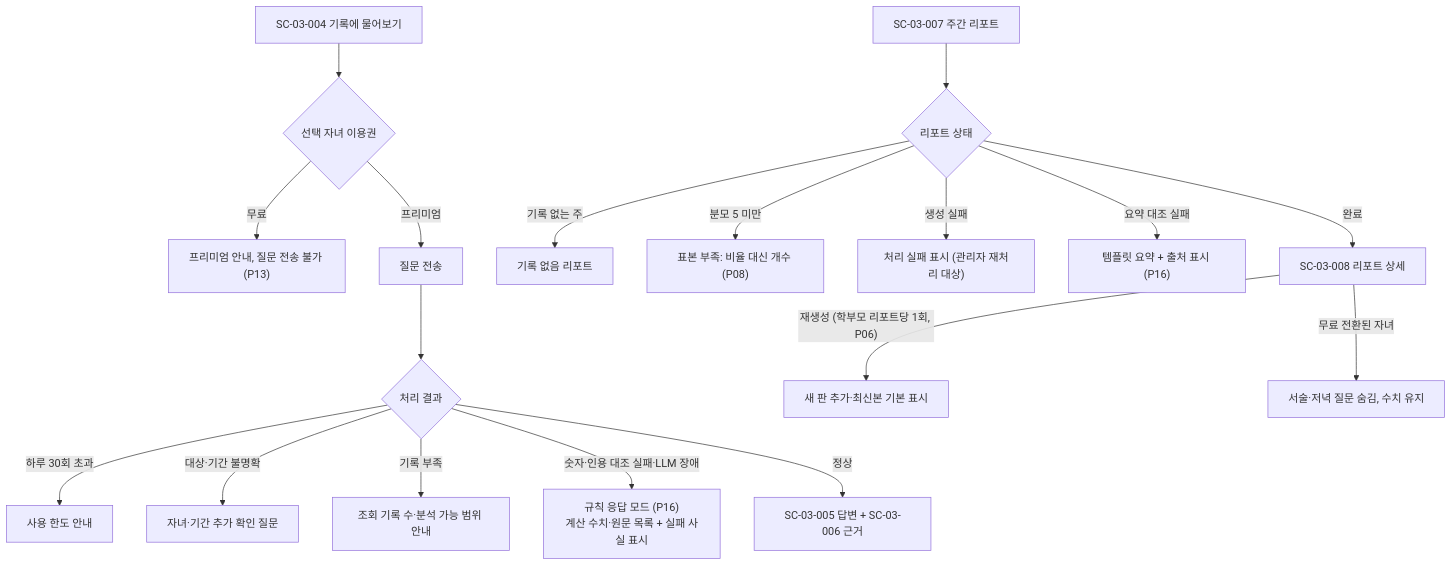
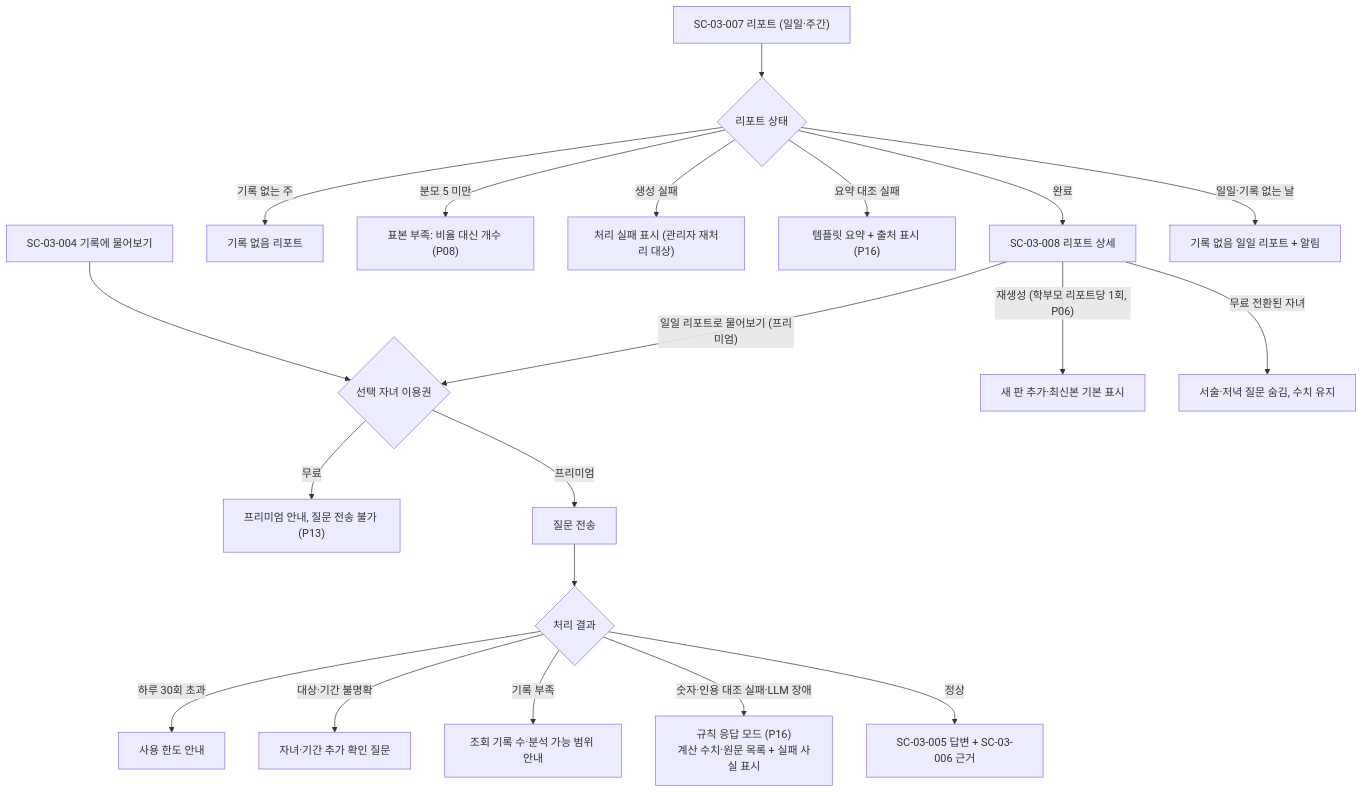
The eighth of 12 diagrams in docs/design/user-flow.md (SKNETWORKS-FAMILY-AICAMP/SKN34-FINAL-3TEAM), drawn with Mermaid before and after one commit. The commit also changed other lines of this file and 20 other files, not shown here.

````diff
--- a/docs/design/user-flow.md
+++ b/docs/design/user-flow.md
@@ -261,21 +283,23 @@
 ```mermaid
 flowchart TD
   AN["SC-03-004 기록에 물어보기"] --> C{"선택 자녀 이용권"}
   C -->|"무료"| N1["프리미엄 안내, 질문 전송 불가 (P13)"]
   C -->|"프리미엄"| Q["질문 전송"]
   Q --> R{"처리 결과"}
   R -->|"하루 30회 초과"| N2["사용 한도 안내"]
   R -->|"대상·기간 불명확"| N3["자녀·기간 추가 확인 질문"]
   R -->|"기록 부족"| N4["조회 기록 수·분석 가능 범위 안내"]
   R -->|"숫자·인용 대조 실패·LLM 장애"| N5["규칙 응답 모드 (P16)<br/>계산 수치·원문 목록 + 실패 사실 표시"]
   R -->|"정상"| OK["SC-03-005 답변 + SC-03-006 근거"]
 
-  RP["SC-03-007 주간 리포트"] --> RS{"리포트 상태"}
+  RP["SC-03-007 리포트 (일일·주간)"] --> RS{"리포트 상태"}
   RS -->|"기록 없는 주"| M1["기록 없음 리포트"]
   RS -->|"분모 5 미만"| M2["표본 부족: 비율 대신 개수 (P08)"]
   RS -->|"생성 실패"| M3["처리 실패 표시 (관리자 재처리 대상)"]
   RS -->|"요약 대조 실패"| M4["템플릿 요약 + 출처 표시 (P16)"]
   RS -->|"완료"| M5["SC-03-008 리포트 상세"]
   M5 -->|"재생성 (학부모 리포트당 1회, P06)"| M6["새 판 추가·최신본 기본 표시"]
   M5 -->|"무료 전환된 자녀"| M7["서술·저녁 질문 숨김, 수치 유지"]
+  RS -->|"일일·기록 없는 날"| M8["기록 없음 일일 리포트 + 알림"]
+  M5 -->|"일일 리포트로 물어보기 (프리미엄)"| C
 ```
````
